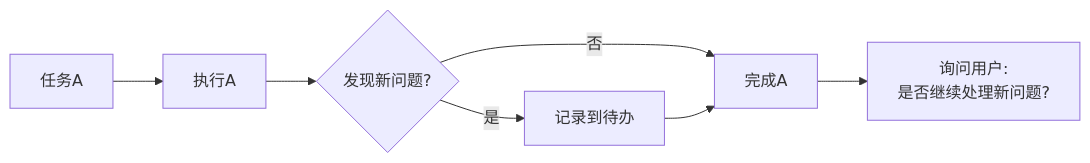
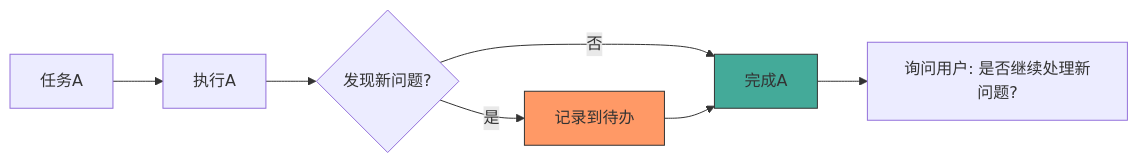
The fourth of 5 diagrams in docs/专题-agent-self-check-four-locks.md (Succh/MiClaw-AI-Blog), drawn with Mermaid before and after one commit. The commit also changed other lines of this file, not shown here.

Commit message:
feat: Agent自检四道锁机制增加Mermaid可视化图表

````diff
--- a/docs/专题-agent-self-check-four-locks.md
+++ b/docs/专题-agent-self-check-four-locks.md
@@ -131,10 +133,11 @@
 ```mermaid
 flowchart LR
     A[任务A] --> B[执行A]
     B --> C{发现新问题?}
     C -->|是| D[记录到待办]
     C -->|否| E[完成A]
     D --> E
-    E --> F[询问用户:
-是否继续处理新问题?]
+    E --> F[询问用户: 是否继续处理新问题?]
+    style D fill:#f96,stroke:#333
+    style E fill:#4a9,stroke:#333
 ```
````
